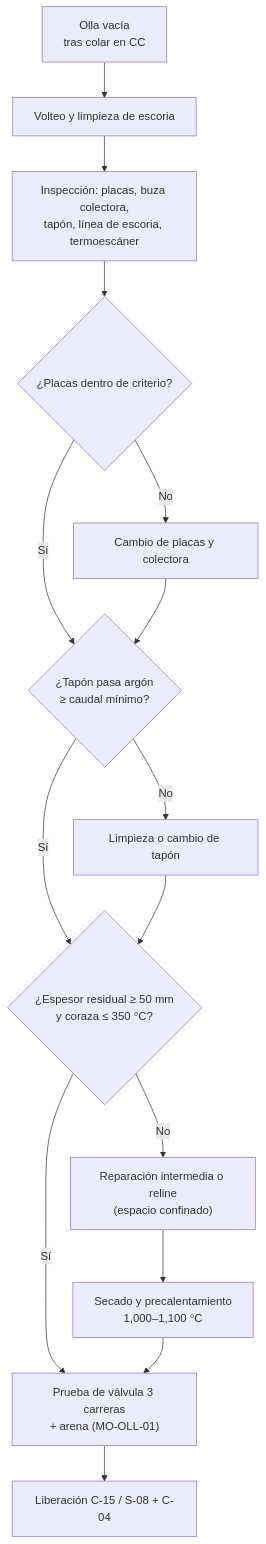
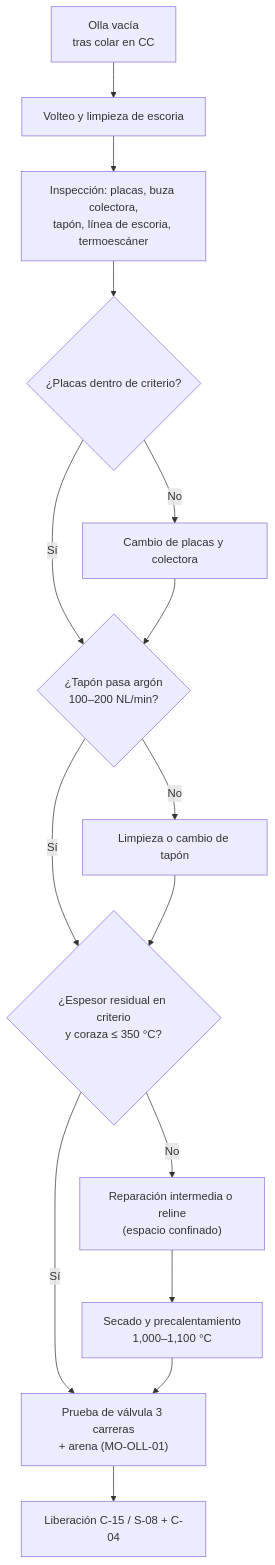
The diagram in 10-plantas/01-steelmaking/03-mantenimiento/MM-OLL-01-valvula-deslizante-tapon-revestimiento-ollas.md (diegocardonaguzman03-maker/HR), drawn with Mermaid before and after one commit. The commit also changed other lines of this file and 35 other files, not shown here.

````diff
--- a/10-plantas/01-steelmaking/03-mantenimiento/MM-OLL-01-valvula-deslizante-tapon-revestimiento-ollas.md
+++ b/10-plantas/01-steelmaking/03-mantenimiento/MM-OLL-01-valvula-deslizante-tapon-revestimiento-ollas.md
@@ -30,17 +32,17 @@
 ```mermaid
 flowchart TD
     A["Olla vacía<br/>tras colar en CC"] --> B["Volteo y limpieza de escoria"]
     B --> C["Inspección: placas, buza colectora,<br/>tapón, línea de escoria, termoescáner"]
     C --> D{"¿Placas dentro de criterio?"}
     D -- "No" --> E["Cambio de placas y colectora"]
-    D -- "Sí" --> F{"¿Tapón pasa argón<br/>≥ caudal mínimo?"}
+    D -- "Sí" --> F{"¿Tapón pasa argón<br/>100–200 NL/min?"}
     E --> F
     F -- "No" --> G["Limpieza o cambio de tapón"]
-    F -- "Sí" --> H{"¿Espesor residual ≥ 50 mm<br/>y coraza ≤ 350 °C?"}
+    F -- "Sí" --> H{"¿Espesor residual en criterio<br/>y coraza ≤ 350 °C?"}
     G --> H
     H -- "No" --> I["Reparación intermedia o reline<br/>(espacio confinado)"]
     H -- "Sí" --> J["Prueba de válvula 3 carreras<br/>+ arena (MO-OLL-01)"]
     I --> K["Secado y precalentamiento<br/>1,000–1,100 °C"]
     K --> J
     J --> L["Liberación C-15 / S-08 + C-04"]
 ```
````
